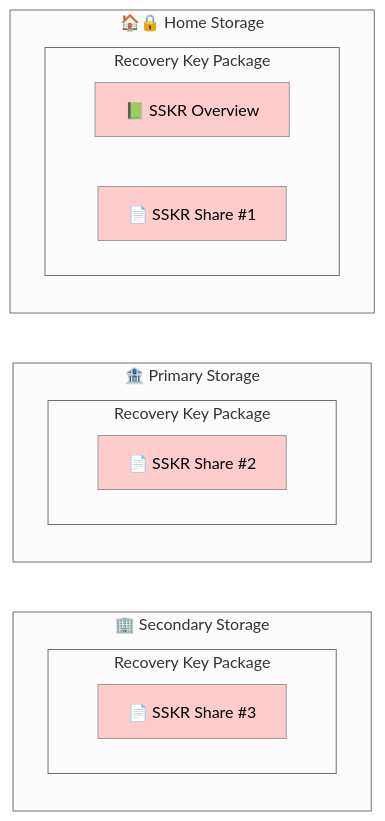
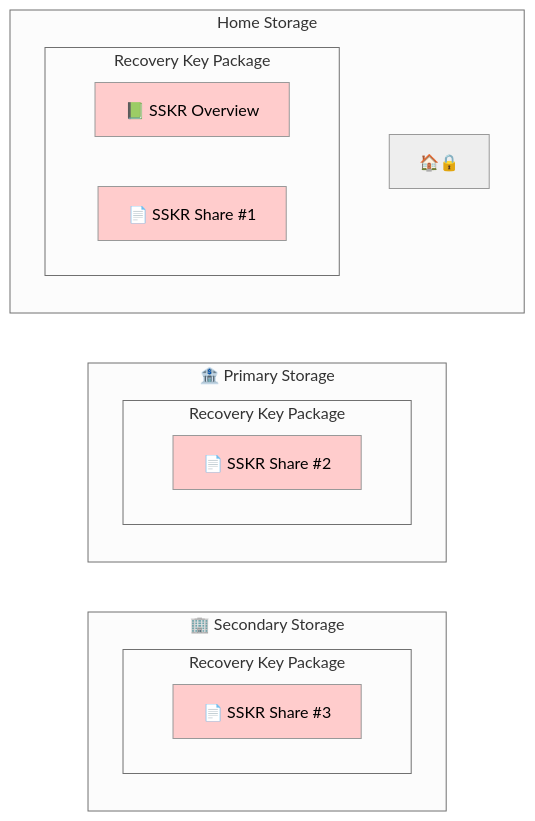
Diagram 15 of 24 in Docs/Scenario-Multisig.md (BlockchainCommons/SmartCustody), drawn with Mermaid (neutral theme) before and after one commit.

````diff
--- a/Docs/Scenario-Multisig.md
+++ b/Docs/Scenario-Multisig.md
@@ -556,25 +556,26 @@
     ```mermaid
     graph LR;
     classDef subgraph_padding fill:none,stroke:none
     subgraph secondary ["🏢 Secondary Storage"]
       subgraph "Recovery Key Package"
       D["📄 SSKR Share #3"]
       end
     end
-    subgraph "🏦 Primary Storage<br>"
+    subgraph "🏦 Primary Storage"
       subgraph "Recovery Key Package"
       C["📄 SSKR Share #2"]
       end
     end
-    subgraph "🏠🔒 Home Storage<br>"
+    subgraph "Home Storage"
+      AMeta["🏠🔒"]
       subgraph "Recovery Key Package"
       A["📗 SSKR Overview"]
       B["📄 SSKR Share #1"]
       end
     end
     
     style A fill:#ffcccc;
     style B fill:#ffcccc;
     style C fill:#ffcccc;
     style D fill:#ffcccc;
     ```
````
